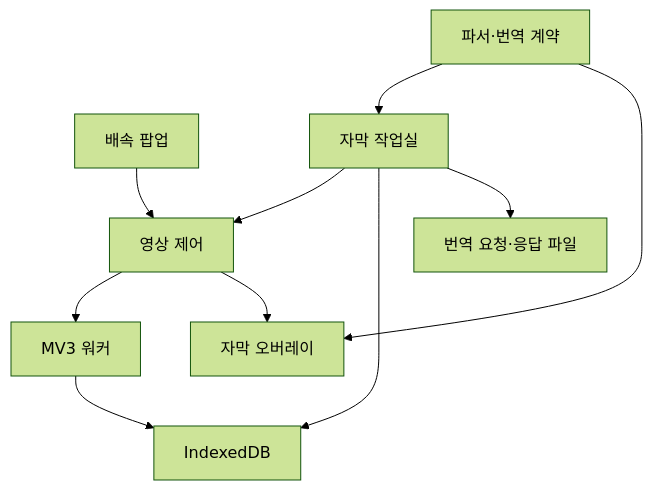
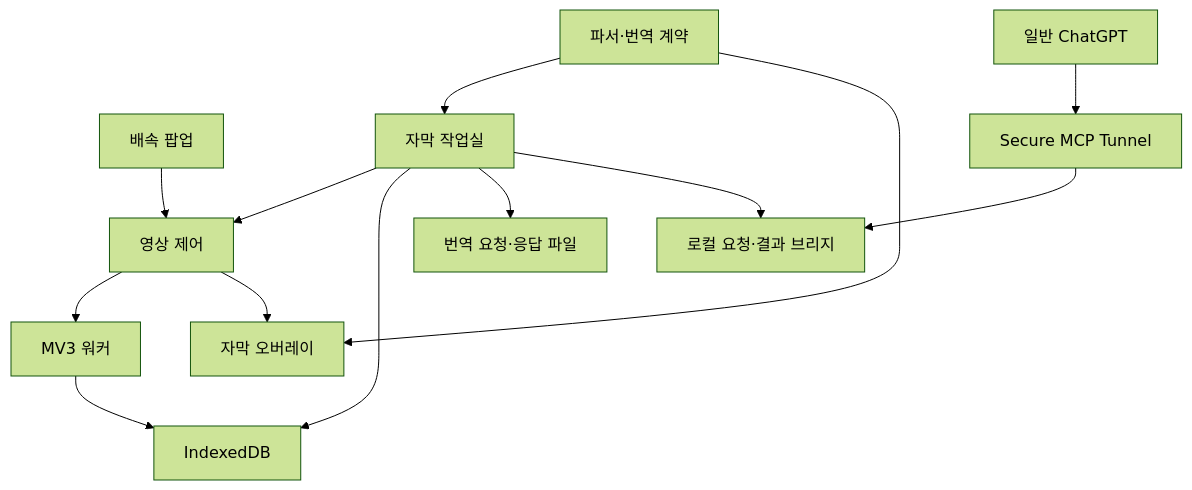
One commit to node-man/OTTSpeedController changed the diagram in docs/PROJECT.md. Above: the diagram before and after it, drawn with Mermaid (forest theme). The commit also changed other lines of this file and 119 other files, not shown here.

````diff
--- a/docs/PROJECT.md
+++ b/docs/PROJECT.md
@@ -26,12 +36,15 @@
 ```mermaid
 flowchart TD
     Popup[배속 팝업] --> Content[영상 제어]
     Workspace[자막 작업실] --> Content
     Workspace --> Library[IndexedDB]
     Worker[MV3 워커] --> Library
     Content --> Worker
     Content --> Overlay[자막 오버레이]
     Core[파서·번역 계약] --> Workspace
     Core --> Overlay
     Workspace --> File[번역 요청·응답 파일]
+    Workspace --> Bridge[로컬 요청·결과 브리지]
+    ChatGPT[일반 ChatGPT] --> Tunnel[Secure MCP Tunnel]
+    Tunnel --> Bridge
 ```
````
